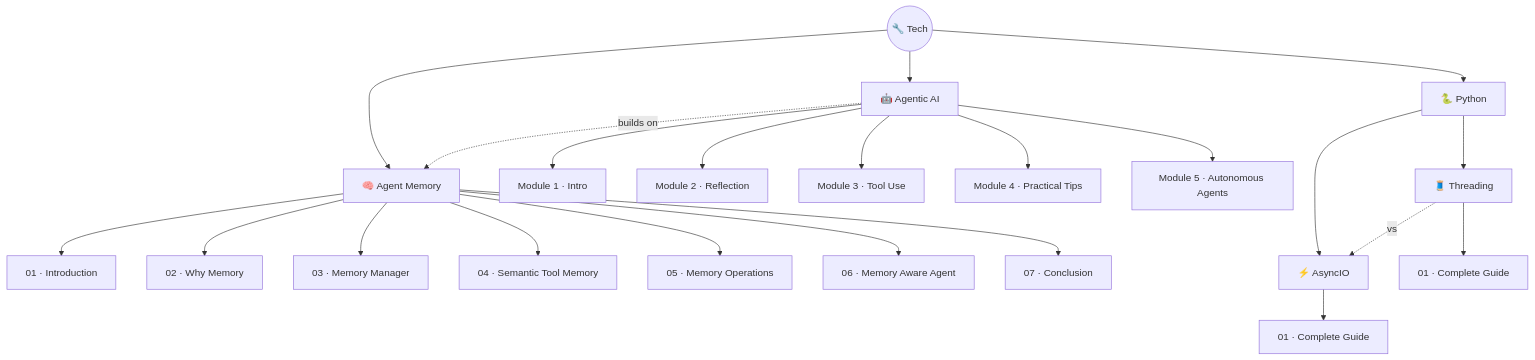
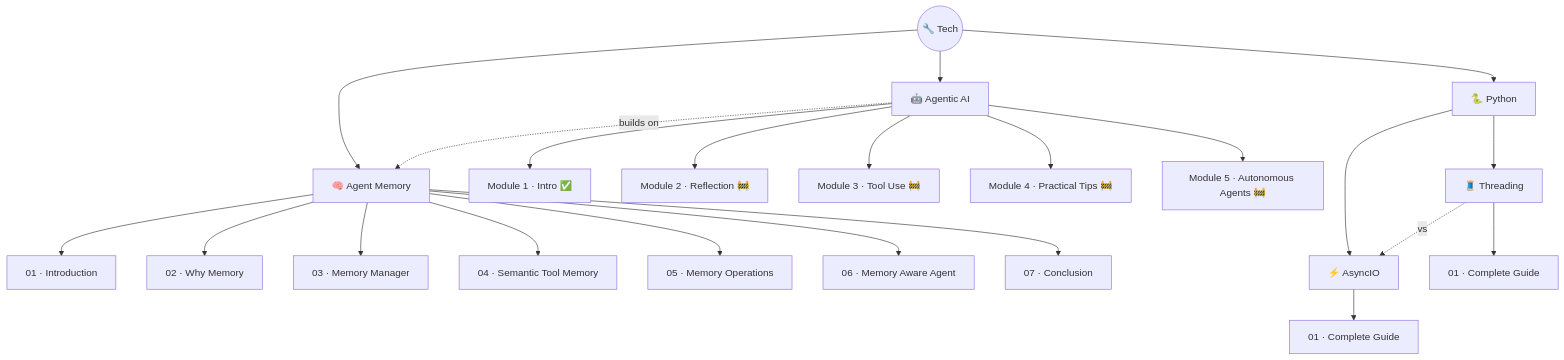
Before and after one commit to AyushSonuu/my-memory: the diagram in _maps/tech.md, drawn with Mermaid. The commit also changed other lines of this file and 28 other files, not shown here.

Commit message:
🗺️ tier-2 sync: maps, READMEs, weak-spots, timeline, due-today, docs rebuild

````diff
--- a/_maps/tech.md
+++ b/_maps/tech.md
@@ -5,30 +5,30 @@
 ```mermaid
 graph TB
     T(("🔧 Tech"))
     T --> AG["🤖 Agentic AI"]
     T --> AM["🧠 Agent Memory"]
     T --> PY["🐍 Python"]
     
-    AG --> M1["Module 1 · Intro"]
-    AG --> M2["Module 2 · Reflection"]
-    AG --> M3["Module 3 · Tool Use"]
-    AG --> M4["Module 4 · Practical Tips"]
-    AG --> M5["Module 5 · Autonomous Agents"]
+    AG --> M1["Module 1 · Intro ✅"]
+    AG --> M2["Module 2 · Reflection 🚧"]
+    AG --> M3["Module 3 · Tool Use 🚧"]
+    AG --> M4["Module 4 · Practical Tips 🚧"]
+    AG --> M5["Module 5 · Autonomous Agents 🚧"]
 
     AM --> L1["01 · Introduction"]
     AM --> L2["02 · Why Memory"]
     AM --> L3["03 · Memory Manager"]
     AM --> L4["04 · Semantic Tool Memory"]
     AM --> L5["05 · Memory Operations"]
     AM --> L6["06 · Memory Aware Agent"]
     AM --> L7["07 · Conclusion"]
 
     PY --> AIO["⚡ AsyncIO"]
     AIO --> AIOL1["01 · Complete Guide"]
     
     PY --> THR["🧵 Threading"]
     THR --> THRL1["01 · Complete Guide"]
 
     AG -.->|"builds on"| AM
     THR -.->|"vs"| AIO
 ```
````
